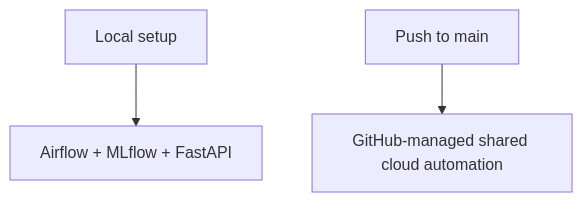
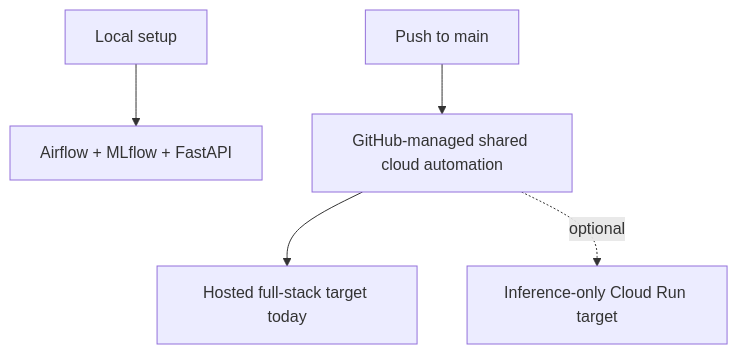
One commit to javihslu/foehncast changed the second of 2 diagrams in README.md. Above: the diagram before and after it, drawn with Mermaid. The commit also changed other lines of this file and 8 other files, not shown here.

Commit message:
fix(infra): restore shared cloud deployment workflow

````diff
--- a/README.md
+++ b/README.md
@@ -37,5 +37,7 @@
 ```mermaid
 flowchart TB
     Local[Local setup] --> Compose[Airflow + MLflow + FastAPI]
-    Main[Push to main] --> Cloud[GitHub-managed shared cloud automation]
+  Main[Push to main] --> Cloud[GitHub-managed shared cloud automation]
+  Cloud --> Host[Hosted full-stack target today]
+  Cloud -. optional .-> Run[Inference-only Cloud Run target]
 ```
````
